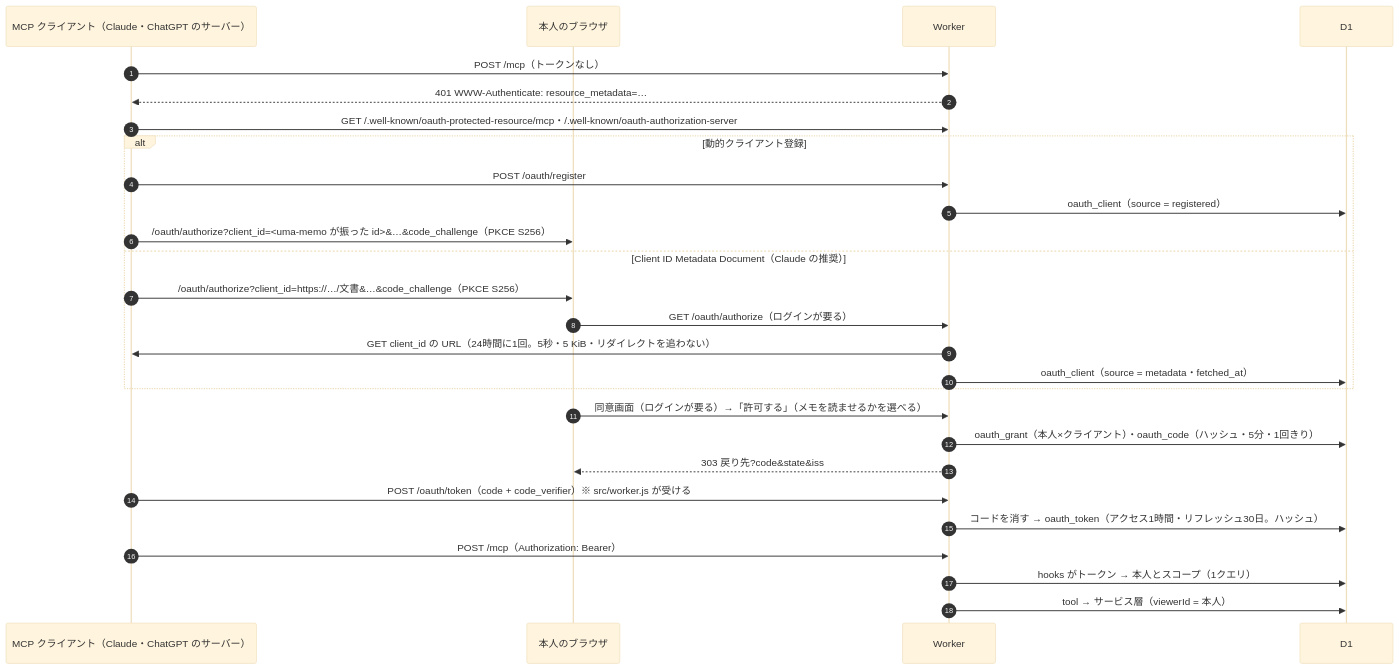
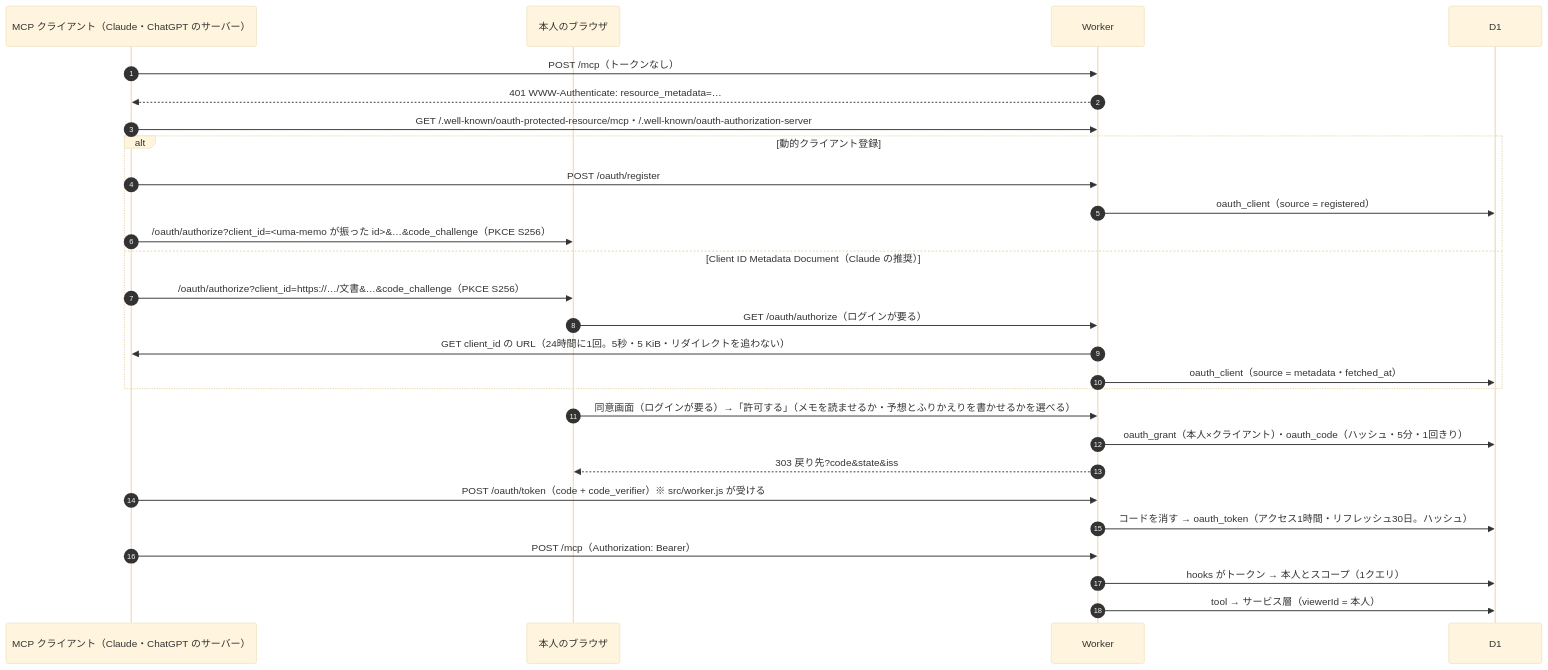
One commit to Atoyr/keiba-note changed the ninth of 12 diagrams in docs/architecture.md. Above: the diagram before and after it, drawn with Mermaid (base theme). The commit also changed other lines of this file and 8 other files, not shown here.

````diff
--- a/docs/architecture.md
+++ b/docs/architecture.md
@@ -707,30 +707,30 @@
 ```mermaid
 sequenceDiagram
     autonumber
     participant C as MCP クライアント（Claude・ChatGPT のサーバー）
     participant B as 本人のブラウザ
     participant W as Worker
     participant D as D1
 
     C->>W: POST /mcp（トークンなし）
     W-->>C: 401 WWW-Authenticate: resource_metadata=…
     C->>W: GET /.well-known/oauth-protected-resource/mcp・/.well-known/oauth-authorization-server
     alt 動的クライアント登録
         C->>W: POST /oauth/register
         W->>D: oauth_client（source = registered）
         C->>B: /oauth/authorize?client_id=<uma-memo が振った id>&…&code_challenge（PKCE S256）
     else Client ID Metadata Document（Claude の推奨）
         C->>B: /oauth/authorize?client_id=https://…/文書&…&code_challenge（PKCE S256）
         B->>W: GET /oauth/authorize（ログインが要る）
         W->>C: GET client_id の URL（24時間に1回。5秒・5 KiB・リダイレクトを追わない）
         W->>D: oauth_client（source = metadata・fetched_at）
     end
-    B->>W: 同意画面（ログインが要る）→「許可する」（メモを読ませるかを選べる）
+    B->>W: 同意画面（ログインが要る）→「許可する」（メモを読ませるか・予想とふりかえりを書かせるかを選べる）
     W->>D: oauth_grant（本人×クライアント）・oauth_code（ハッシュ・5分・1回きり）
     W-->>B: 303 戻り先?code&state&iss
     C->>W: POST /oauth/token（code + code_verifier）※ src/worker.js が受ける
     W->>D: コードを消す → oauth_token（アクセス1時間・リフレッシュ30日。ハッシュ）
     C->>W: POST /mcp（Authorization: Bearer）
     W->>D: hooks がトークン → 本人とスコープ（1クエリ）
     W->>D: tool → サービス層（viewerId = 本人）
 ```
````
